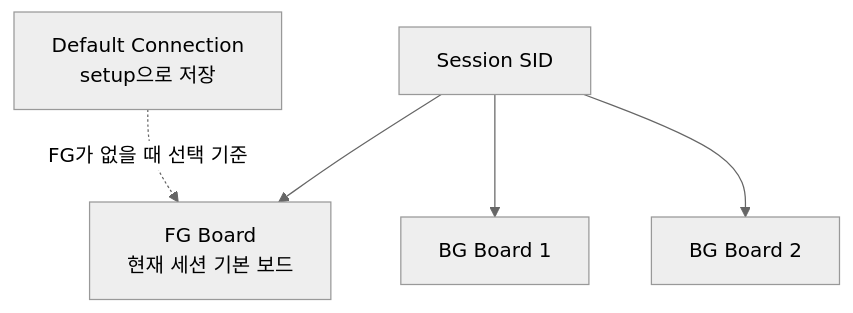
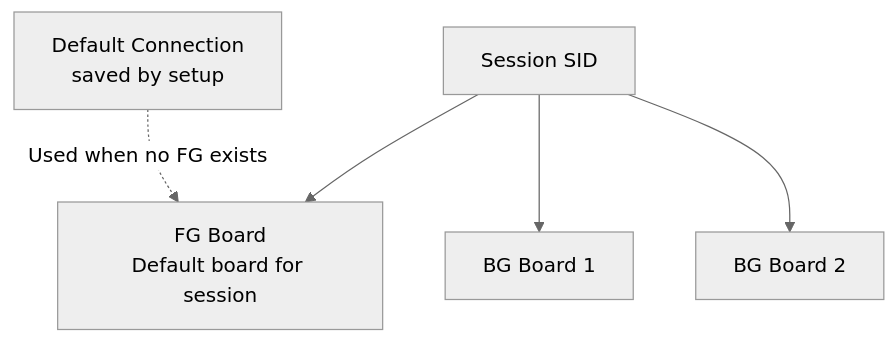
The second of 4 diagrams in README.md (PlanXLab/replx), drawn with Mermaid (neutral theme) before and after one commit. The commit also changed other lines of this file and 13 other files, not shown here.

````diff
--- a/README.md
+++ b/README.md
@@ -36,13 +36,13 @@
 ```mermaid
 flowchart TB
   SID[Session SID]
-  FG[FG Board<br/>현재 세션 기본 보드]
+  FG[FG Board<br/>Default board for session]
   BG1[BG Board 1]
   BG2[BG Board 2]
-  DEF[Default Connection<br/>setup으로 저장]
+  DEF[Default Connection<br/>saved by setup]
 
   SID --> FG
   SID --> BG1
   SID --> BG2
-  DEF -. FG가 없을 때 선택 기준 .-> FG
+  DEF -. Used when no FG exists .-> FG
 ```
````
